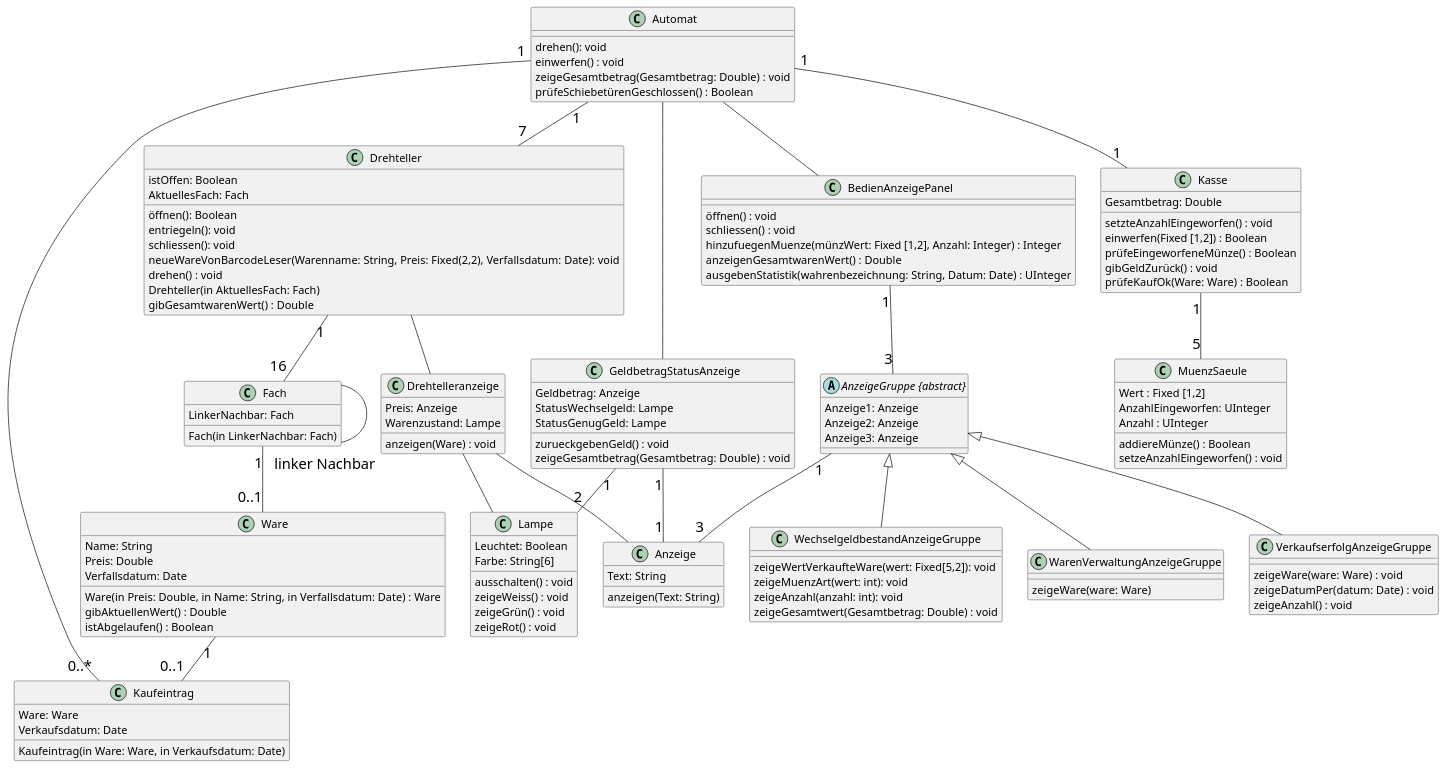
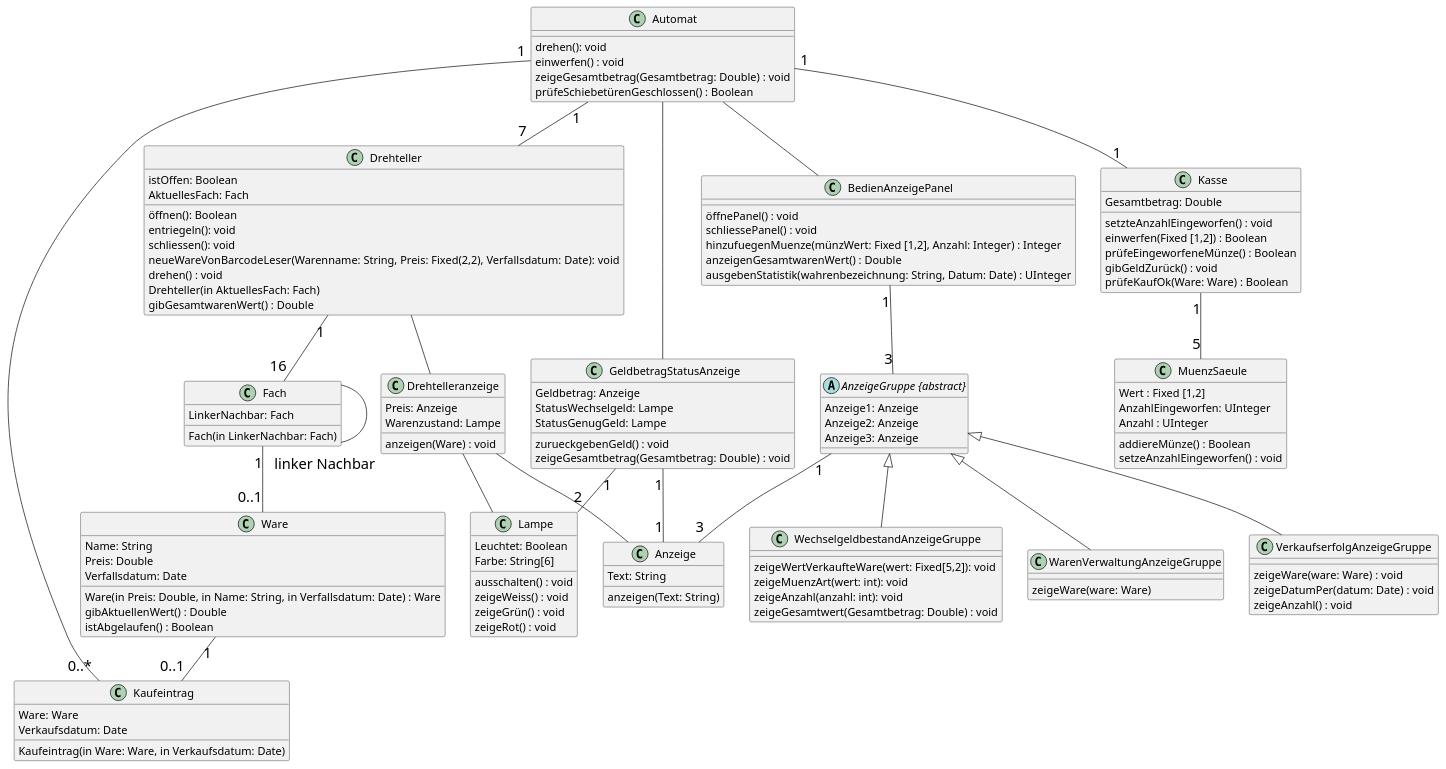
One commit to egoat/MAS-SE22_Warenautomat2022_Analyse changed the second of 5 diagrams in Warenautomat.md. Above: the diagram before and after it, drawn with PlantUML. The commit also changed other lines of this file, not shown here.

Commit message:
Add second Warenwert berechnen Diagram

```diff
--- a/Warenautomat.md
+++ b/Warenautomat.md
@@ -157,8 +157,8 @@
 }
 
 class BedienAnzeigePanel{
-    öffnen() : void
-    schliessen() : void
+    öffnePanel() : void
+    schliessePanel() : void
     hinzufuegenMuenze(münzWert: Fixed [1,2], Anzahl: Integer) : Integer
     anzeigenGesamtwarenWert() : Double
     ausgebenStatistik(wahrenbezeichnung: String, Datum: Date) : UInteger
```
